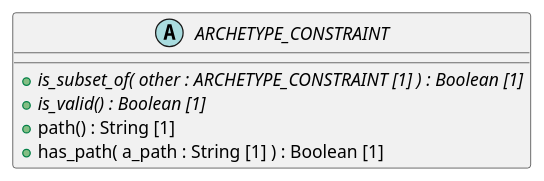
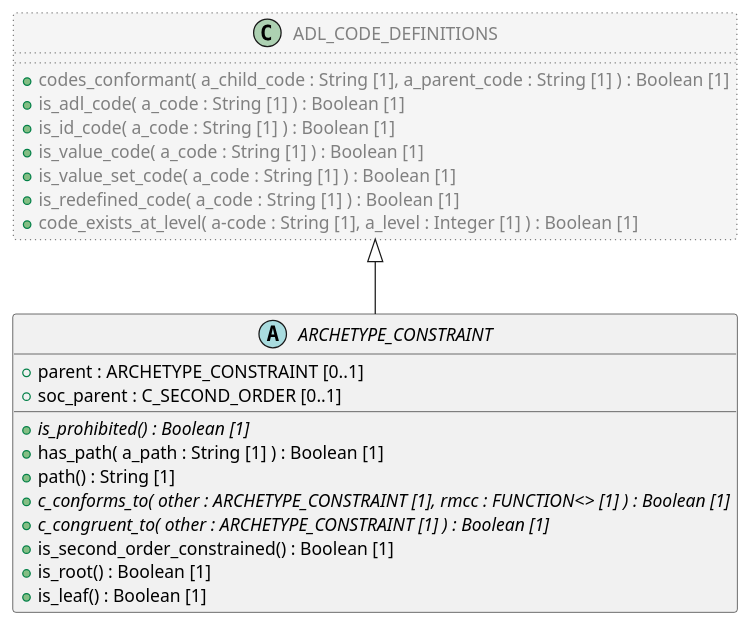
The diagram in code/Adoc/openehr_am_2.4.0/plantUML/classes/org.openehr.am.aom2.archetype_constraint.adoc (sebastian-iancu/code-generator), drawn with PlantUML before and after one commit. The commit also changed 1228 other files, not shown here.

```diff
--- a/code/Adoc/openehr_am_2.4.0/plantUML/classes/org.openehr.am.aom2.archetype_constraint.adoc
+++ b/code/Adoc/openehr_am_2.4.0/plantUML/classes/org.openehr.am.aom2.archetype_constraint.adoc
@@ -1,14 +1,32 @@
 [plantuml,ARCHETYPE_CONSTRAINT,format=svg,svg-type="inline"]
 -----
 @startuml
 
 abstract class ARCHETYPE_CONSTRAINT {
-  + {abstract} is_subset_of( other : ARCHETYPE_CONSTRAINT [1] ) : Boolean [1]
-  + {abstract} is_valid() : Boolean [1]
+  + parent : ARCHETYPE_CONSTRAINT [0..1]
+  + soc_parent : C_SECOND_ORDER [0..1]
+  + {abstract} is_prohibited() : Boolean [1]
+  + has_path( a_path : String [1] ) : Boolean [1]
   + path() : String [1]
-  + has_path( a_path : String [1] ) : Boolean [1]
+  + {abstract} c_conforms_to( other : ARCHETYPE_CONSTRAINT [1], rmcc : FUNCTION<> [1] ) : Boolean [1]
+  + {abstract} c_congruent_to( other : ARCHETYPE_CONSTRAINT [1] ) : Boolean [1]
+  + is_second_order_constrained() : Boolean [1]
+  + is_root() : Boolean [1]
+  + is_leaf() : Boolean [1]
 }
+
+class ADL_CODE_DEFINITIONS  #whitesmoke;line:gray;line.dotted;text:gray {
+  + codes_conformant( a_child_code : String [1], a_parent_code : String [1] ) : Boolean [1]
+  + is_adl_code( a_code : String [1] ) : Boolean [1]
+  + is_id_code( a_code : String [1] ) : Boolean [1]
+  + is_value_code( a_code : String [1] ) : Boolean [1]
+  + is_value_set_code( a_code : String [1] ) : Boolean [1]
+  + is_redefined_code( a_code : String [1] ) : Boolean [1]
+  + code_exists_at_level( a-code : String [1], a_level : Integer [1] ) : Boolean [1]
+}
+
+ADL_CODE_DEFINITIONS <|-- ARCHETYPE_CONSTRAINT
 
 
 @enduml
 -----
```
